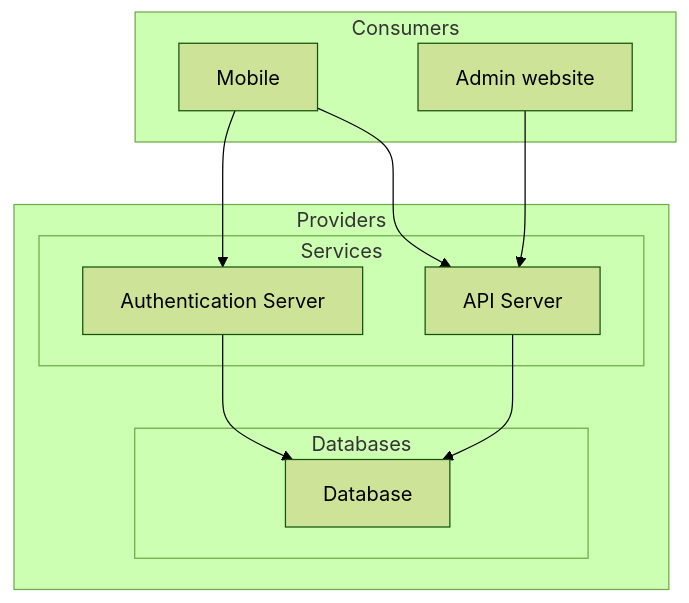
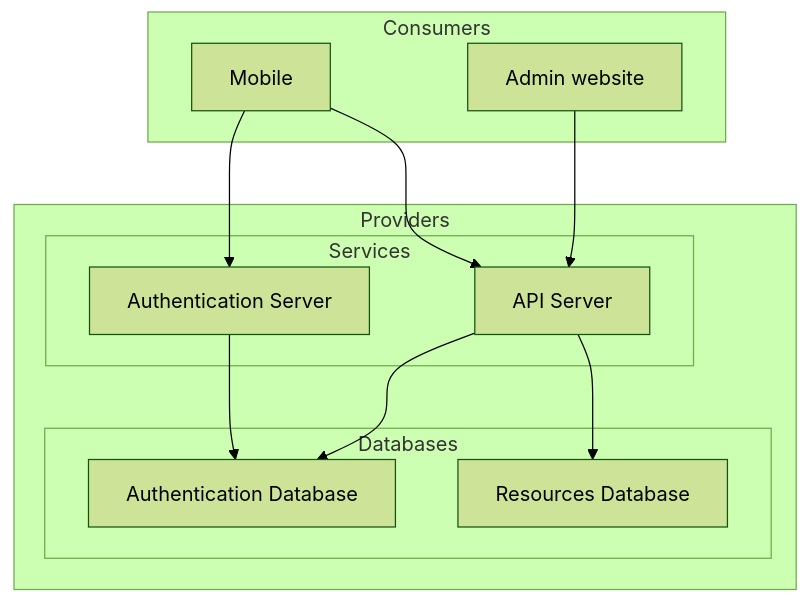
The diagram in docs/diagrams/architecture.md (coinhub-uit/coinhub-uit.github.io), drawn with Mermaid (forest theme) before and after one commit. The commit also changed other lines of this file, not shown here.

Commit message:
feat: architecture more clear (2 db)

````diff
--- a/docs/diagrams/architecture.md
+++ b/docs/diagrams/architecture.md
@@ -7,23 +7,25 @@
 ```mermaid
 flowchart TD
   subgraph consumers["Consumers"]
     mobile["Mobile"]
     adminWebsite["Admin website"]
   end
 
   subgraph providers["Providers"]
     subgraph services["Services"]
       apiServer["API Server"]
       authenticationServer["Authentication Server"]
     end
     subgraph databases["Databases"]
-      database["Database"]
+      authenticationDatabase["Authentication Database"]
+      resourcesDatabase["Resources Database"]
     end
   end
 
   mobile-->authenticationServer
   mobile-->apiServer
   adminWebsite-->apiServer
-  authenticationServer-->database
-  apiServer-->database
+  authenticationServer-->authenticationDatabase
+  apiServer-->authenticationDatabase
+  apiServer-->resourcesDatabase
 ```
````
